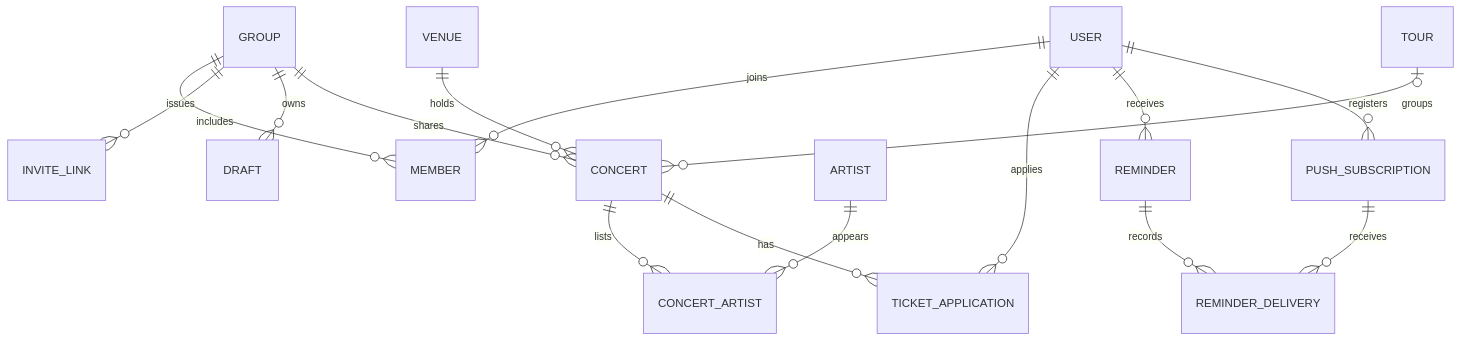
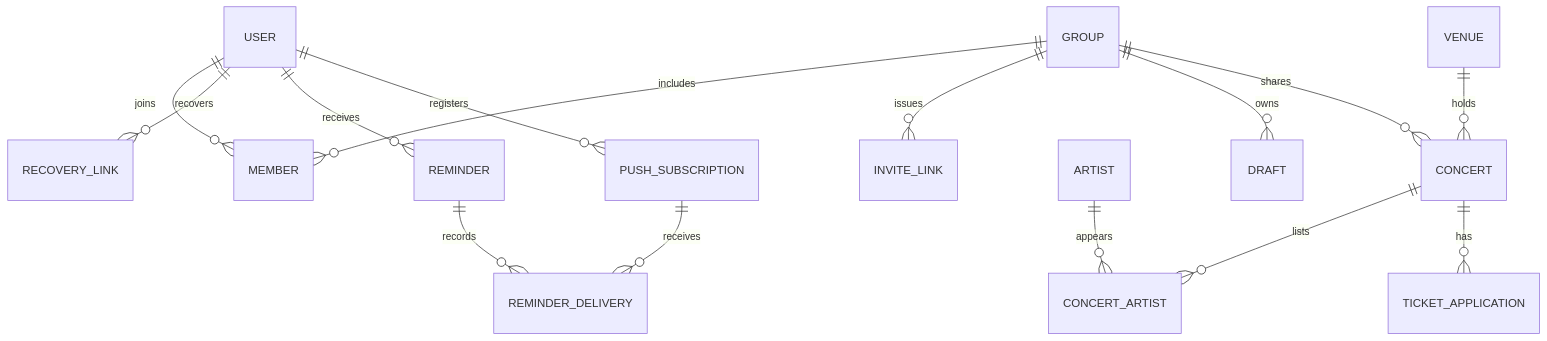
Before and after one commit to oze-xxbumpxx/yoin: the third of 6 diagrams in docs/designs/first-slice.md, drawn with Mermaid. The commit also changed other lines of this file and 4 other files, not shown here.

````diff
--- a/docs/designs/first-slice.md
+++ b/docs/designs/first-slice.md
@@ -157,18 +194,17 @@
 ```mermaid
 erDiagram
-    USER ||--o{ MEMBER : joins
-    GROUP ||--o{ MEMBER : includes
-    GROUP ||--o{ INVITE_LINK : issues
-    GROUP ||--o{ DRAFT : owns
-    GROUP ||--o{ CONCERT : shares
-    VENUE ||--o{ CONCERT : holds
-    TOUR o|--o{ CONCERT : groups
-    CONCERT ||--o{ CONCERT_ARTIST : lists
-    ARTIST ||--o{ CONCERT_ARTIST : appears
-    CONCERT ||--o{ TICKET_APPLICATION : has
-    USER ||--o{ TICKET_APPLICATION : applies
-    USER ||--o{ REMINDER : receives
-    USER ||--o{ PUSH_SUBSCRIPTION : registers
-    REMINDER ||--o{ REMINDER_DELIVERY : records
-    PUSH_SUBSCRIPTION ||--o{ REMINDER_DELIVERY : receives
+  USER ||--o{ MEMBER : joins
+  GROUP ||--o{ MEMBER : includes
+  GROUP ||--o{ INVITE_LINK : issues
+  USER ||--o{ RECOVERY_LINK : recovers
+  GROUP ||--o{ DRAFT : owns
+  GROUP ||--o{ CONCERT : shares
+  VENUE ||--o{ CONCERT : holds
+  CONCERT ||--o{ CONCERT_ARTIST : lists
+  ARTIST ||--o{ CONCERT_ARTIST : appears
+  CONCERT ||--o{ TICKET_APPLICATION : has
+  USER ||--o{ REMINDER : receives
+  USER ||--o{ PUSH_SUBSCRIPTION : registers
+  REMINDER ||--o{ REMINDER_DELIVERY : records
+  PUSH_SUBSCRIPTION ||--o{ REMINDER_DELIVERY : receives
 ```
````
